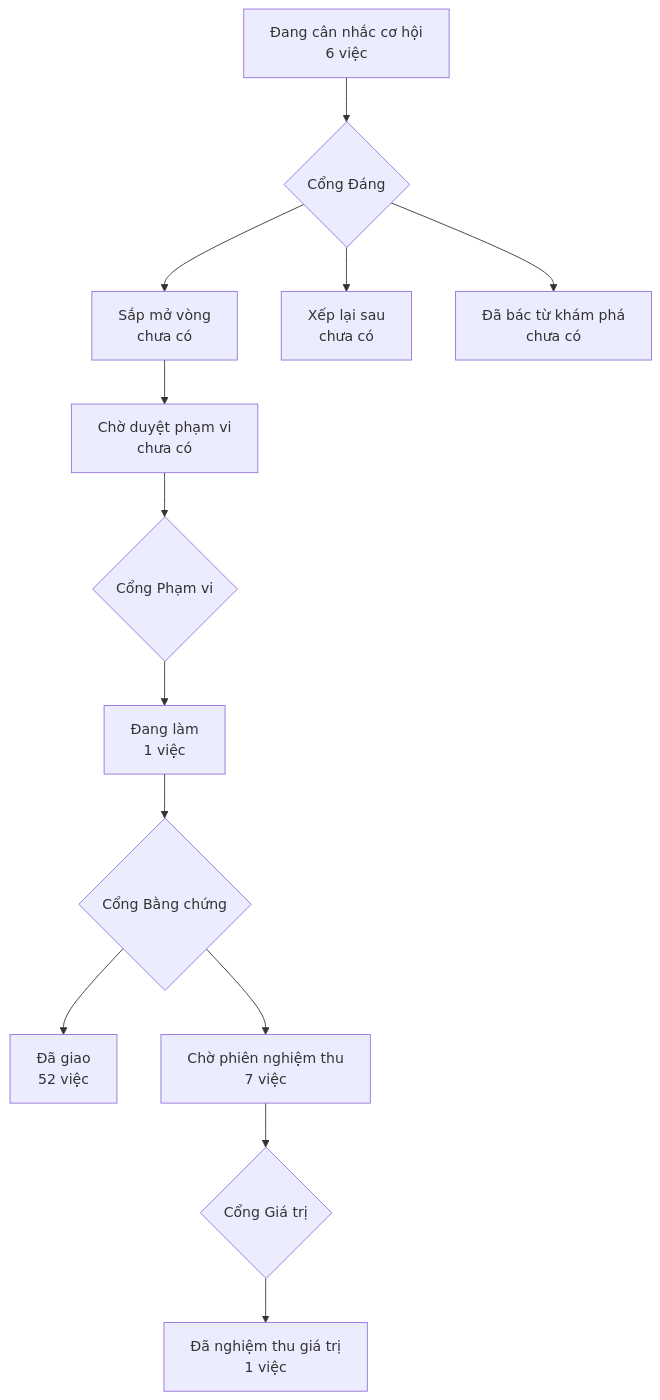
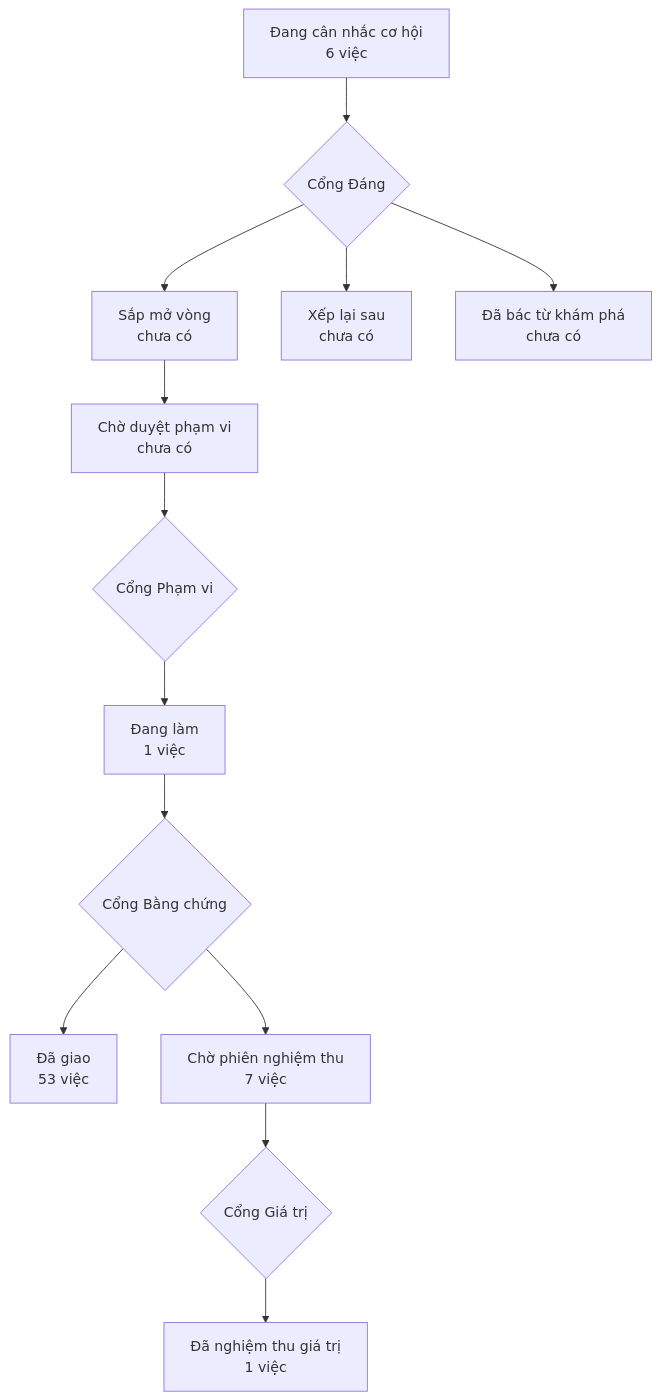
One commit to phanlemanh/crm-onehub changed the diagram in PRODUCT-MAP.md. Above: the diagram before and after it, drawn with Mermaid. The commit also changed other lines of this file and 3 other files, not shown here.

````diff
--- a/PRODUCT-MAP.md
+++ b/PRODUCT-MAP.md
@@ -6,12 +6,12 @@
 ```mermaid
 flowchart TD
   A["Đang cân nhắc cơ hội<br/>6 việc"] --> GD{"Cổng Đáng"}
   GD --> B["Sắp mở vòng<br/>chưa có"]
   GD --> XL["Xếp lại sau<br/>chưa có"]
   GD --> DB["Đã bác từ khám phá<br/>chưa có"]
   B --> CD["Chờ duyệt phạm vi<br/>chưa có"] --> GP{"Cổng Phạm vi"}
   GP --> DL["Đang làm<br/>1 việc"] --> GB{"Cổng Bằng chứng"}
-  GB --> DG["Đã giao<br/>52 việc"]
+  GB --> DG["Đã giao<br/>53 việc"]
   GB --> CN["Chờ phiên nghiệm thu<br/>7 việc"] --> GG{"Cổng Giá trị"}
   GG --> NT["Đã nghiệm thu giá trị<br/>1 việc"]
 ```
````
